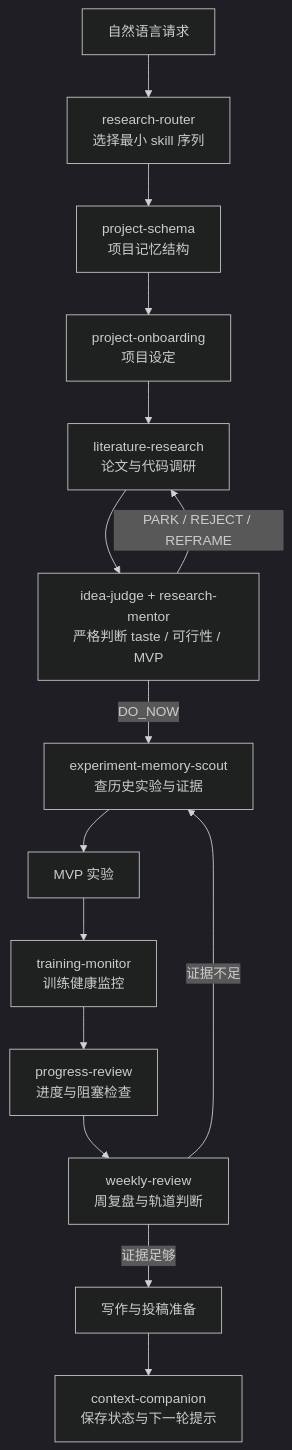
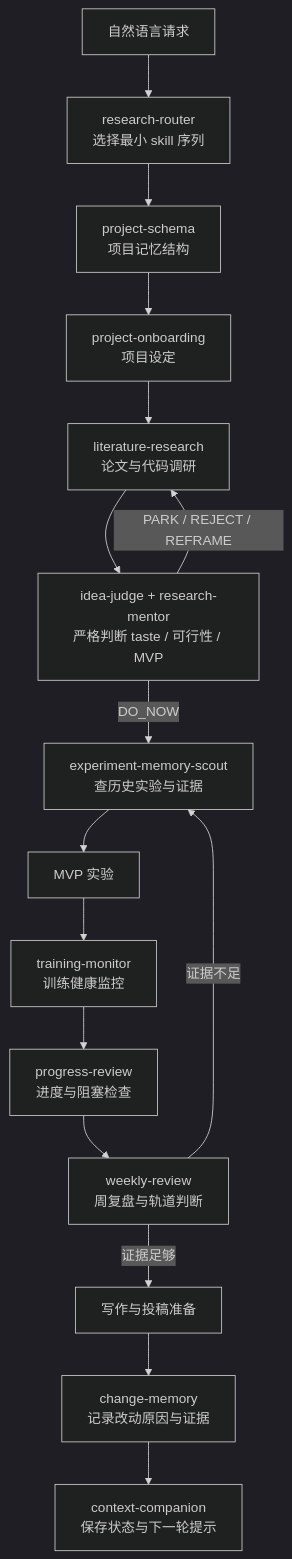
The first of 2 diagrams in README.md (zengleilei123/ai-research-companion-codex-plugin), drawn with Mermaid (dark theme) before and after one commit. The commit also changed other lines of this file and 9 other files, not shown here.

````diff
--- a/README.md
+++ b/README.md
@@ -26,17 +27,18 @@
 ```mermaid
 flowchart TD
     A["自然语言请求"] --> R["research-router<br/>选择最小 skill 序列"]
     R --> S["project-schema<br/>项目记忆结构"]
     S --> B["project-onboarding<br/>项目设定"]
     B --> C["literature-research<br/>论文与代码调研"]
     C --> D["idea-judge + research-mentor<br/>严格判断 taste / 可行性 / MVP"]
     D -->|"DO_NOW"| E["experiment-memory-scout<br/>查历史实验与证据"]
     D -->|"PARK / REJECT / REFRAME"| C
     E --> F["MVP 实验"]
     F --> G["training-monitor<br/>训练健康监控"]
     G --> H["progress-review<br/>进度与阻塞检查"]
     H --> I["weekly-review<br/>周复盘与轨道判断"]
     I -->|"证据足够"| J["写作与投稿准备"]
     I -->|"证据不足"| E
-    J --> K["context-companion<br/>保存状态与下一轮提示"]
+    J --> K["change-memory<br/>记录改动原因与证据"]
+    K --> L["context-companion<br/>保存状态与下一轮提示"]
 ```
````
